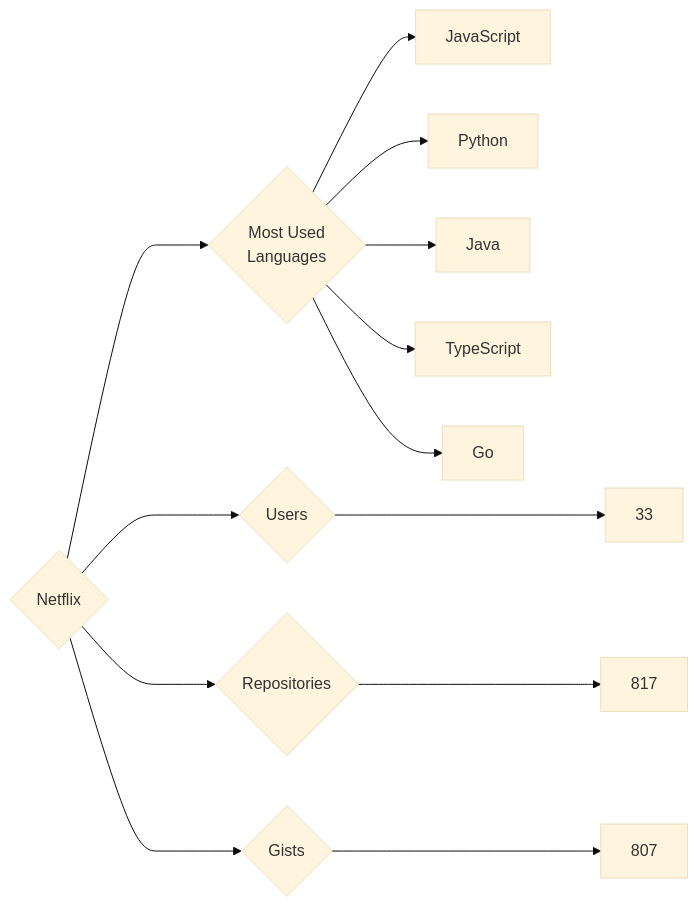
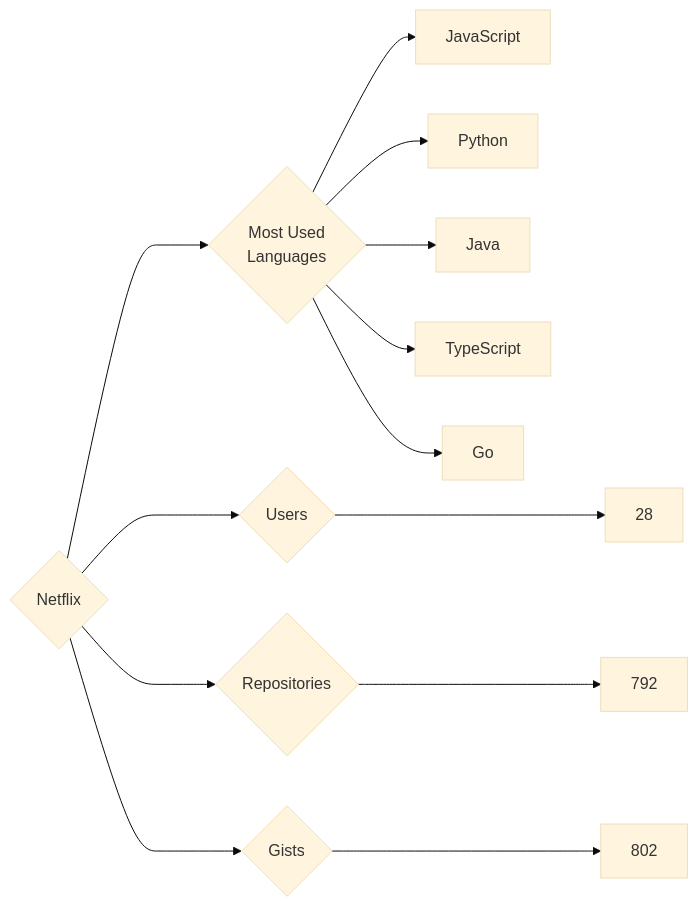
The diagram in targets/Netflix/README.md (trickest/insiders), drawn with Mermaid (base theme) before and after one commit. The commit also changed 1484 other files, not shown here.

````diff
--- a/targets/Netflix/README.md
+++ b/targets/Netflix/README.md
@@ -3,13 +3,13 @@
 ```mermaid
 graph LR
 COMPANY_NAME{Netflix}
-COMPANY_NAME ---> U{Users} ---> UN[33]
-COMPANY_NAME ---> R{Repositories} ---> RN[817]
-COMPANY_NAME ---> G{Gists} ---> GN[807]
+COMPANY_NAME ---> U{Users} ---> UN[28]
+COMPANY_NAME ---> R{Repositories} ---> RN[792]
+COMPANY_NAME ---> G{Gists} ---> GN[802]
 COMPANY_NAME ---> ML{Most Used<br>Languages}
 ML --> JavaScript[JavaScript]
 ML --> Python[Python]
 ML --> Java[Java]
 ML --> TypeScript[TypeScript]
 ML --> Go[Go]
 ```
````
